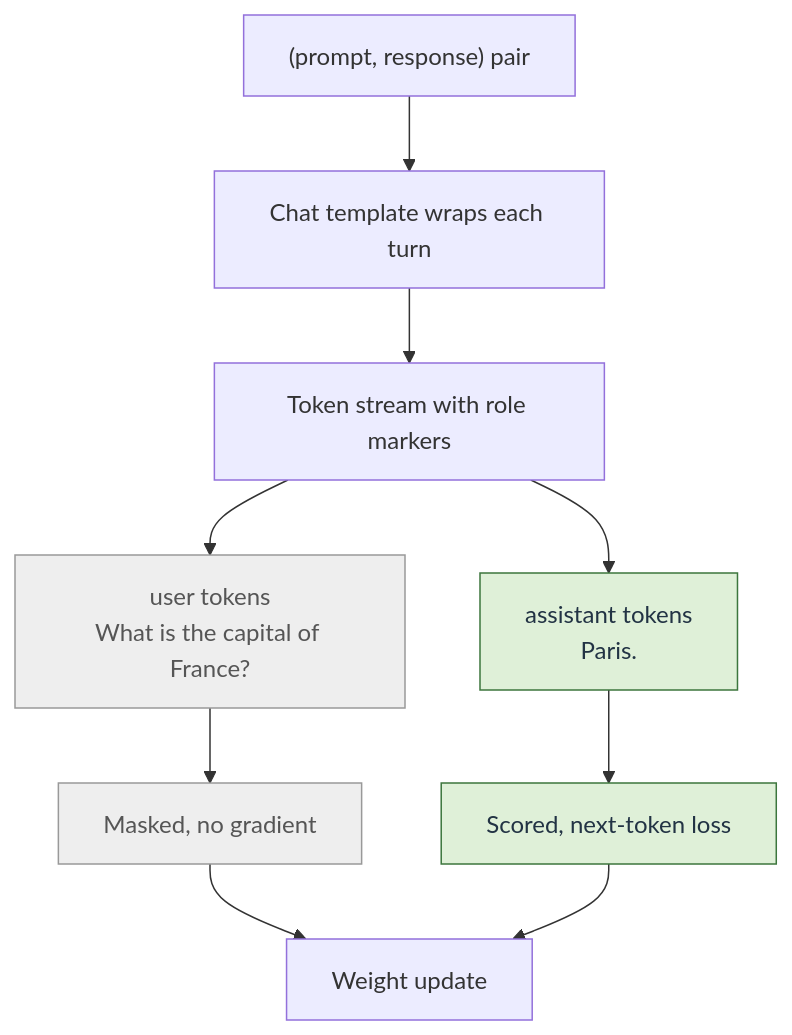
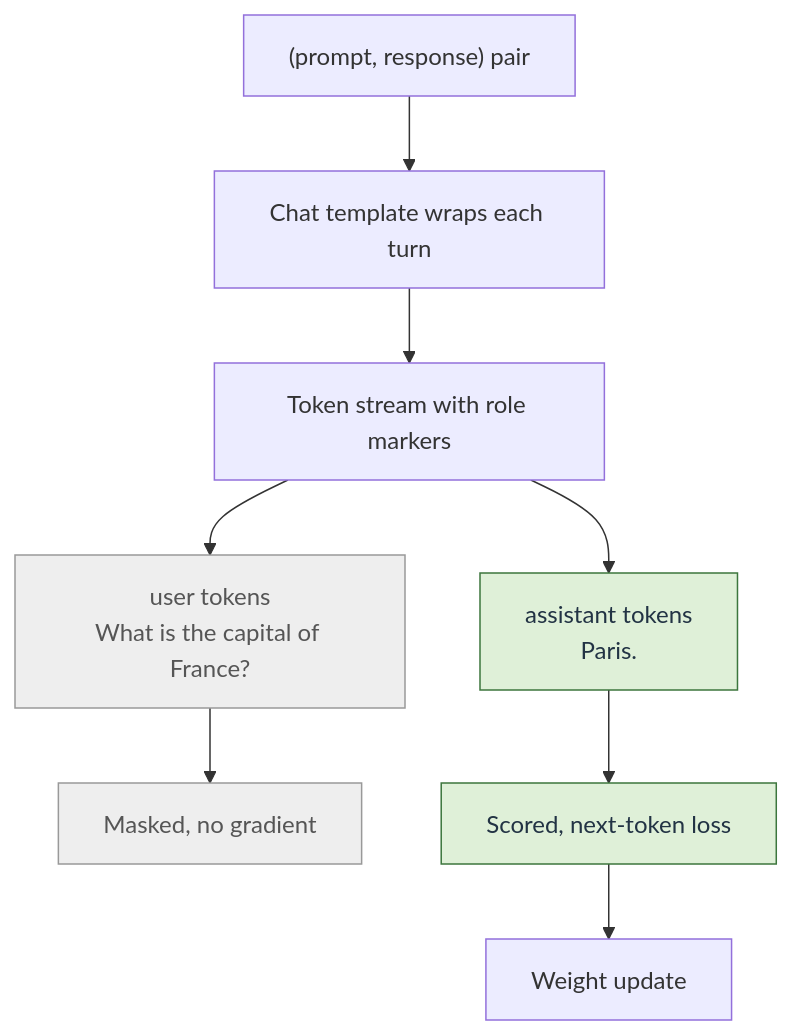
One commit to latere-ai/ai-as-an-infrastructure changed the first of 3 diagrams in en/p2-adaptation/09-sft-peft.qmd. Above: the diagram before and after it, drawn with Mermaid. The commit also changed other lines of this file and 186 other files, not shown here.

First line of the commit message:
book: visual audit pass on all diagrams and figures

````diff
--- a/en/p2-adaptation/09-sft-peft.qmd
+++ b/en/p2-adaptation/09-sft-peft.qmd
@@ -61,17 +61,16 @@
 ```{mermaid}
 %%| label: fig-sft-peft-masking
 %%| fig-cap: "An SFT example flows from chat template through the token stream to a masked loss. Role markers split the stream, and only response tokens contribute gradients."
 flowchart TB
   ex["(prompt, response) pair"] --> tmpl["Chat template wraps each turn"]
   tmpl --> stream["Token stream with role markers"]
   stream --> pm["user tokens<br/>What is the capital of France?"]
   stream --> rm["assistant tokens<br/>Paris."]
   pm --> mask["Masked, no gradient"]
   rm --> score["Scored, next-token loss"]
-  mask --> upd["Weight update"]
-  score --> upd
+  score --> upd["Weight update"]
   classDef frozen fill:#eee,stroke:#999,color:#555;
   classDef active fill:#dff0d8,stroke:#3c763d,color:#234;
   class pm,mask frozen;
   class rm,score active;
 ```
````
